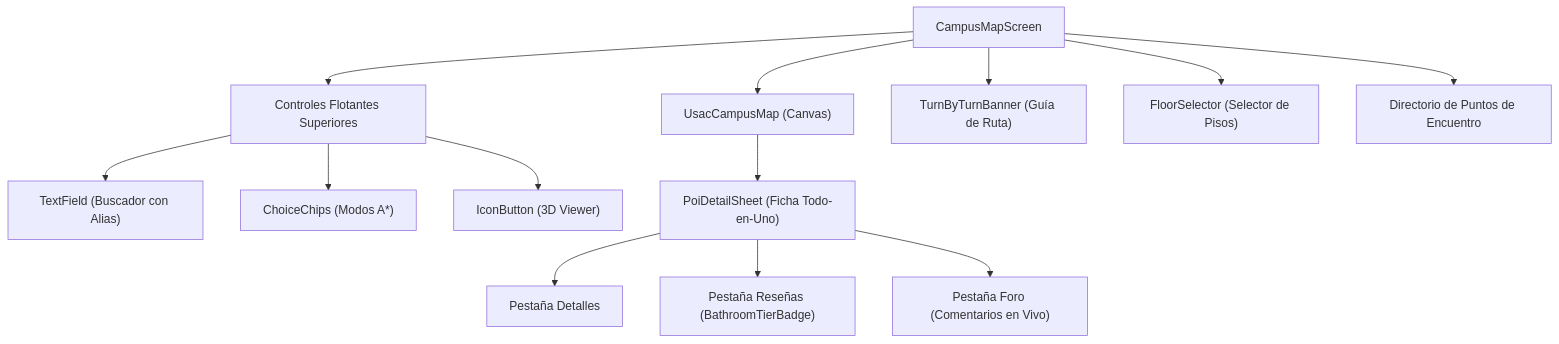
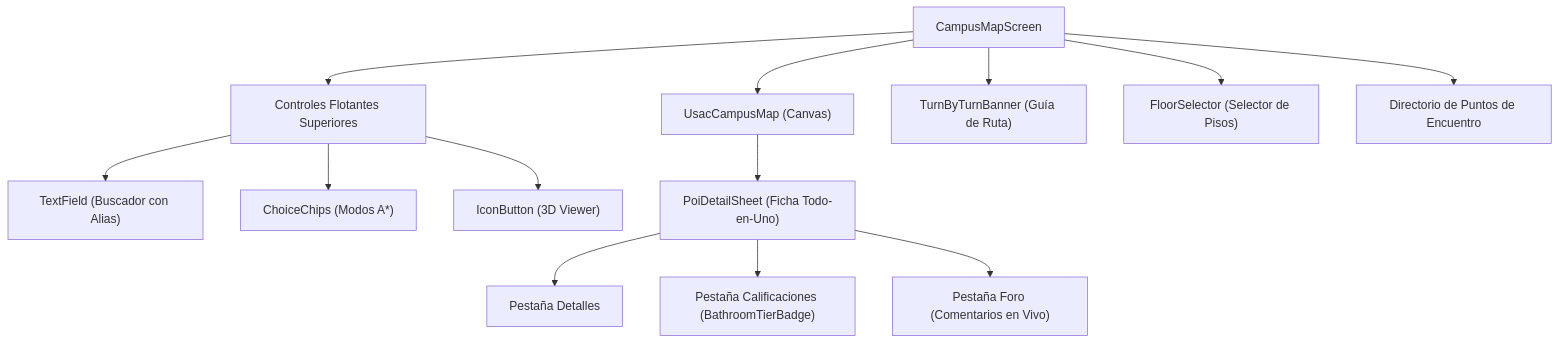
Before and after one commit to Trebol4Devop/Comunidad_USAC: the diagram in docs/map/01-arquitectura-y-componentes.md, drawn with Mermaid. The commit also changed other lines of this file and 14 other files, not shown here.

````diff
--- a/docs/map/01-arquitectura-y-componentes.md
+++ b/docs/map/01-arquitectura-y-componentes.md
@@ -11,15 +11,15 @@
 ```mermaid
 graph TD
     CMS["CampusMapScreen"] --> Canvas["UsacCampusMap (Canvas)"]
     CMS --> Controls["Controles Flotantes Superiores"]
     Controls --> Search["TextField (Buscador con Alias)"]
     Controls --> ModeChips["ChoiceChips (Modos A*)"]
     Controls --> Btn3D["IconButton (3D Viewer)"]
     CMS --> Banner["TurnByTurnBanner (Guía de Ruta)"]
     CMS --> Floor["FloorSelector (Selector de Pisos)"]
     CMS --> DirPanel["Directorio de Puntos de Encuentro"]
     Canvas --> Sheet["PoiDetailSheet (Ficha Todo-en-Uno)"]
     Sheet --> Tab1["Pestaña Detalles"]
-    Sheet --> Tab2["Pestaña Reseñas (BathroomTierBadge)"]
+    Sheet --> Tab2["Pestaña Calificaciones (BathroomTierBadge)"]
     Sheet --> Tab3["Pestaña Foro (Comentarios en Vivo)"]
 ```
````
